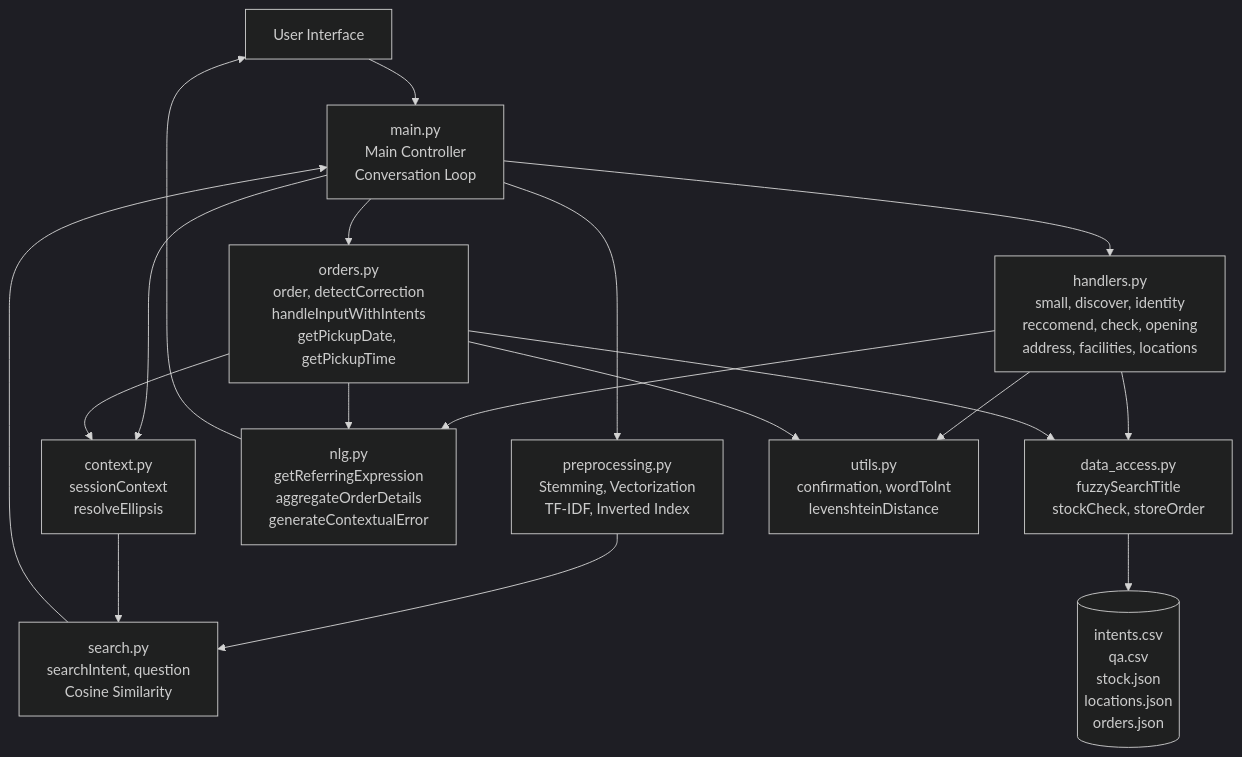
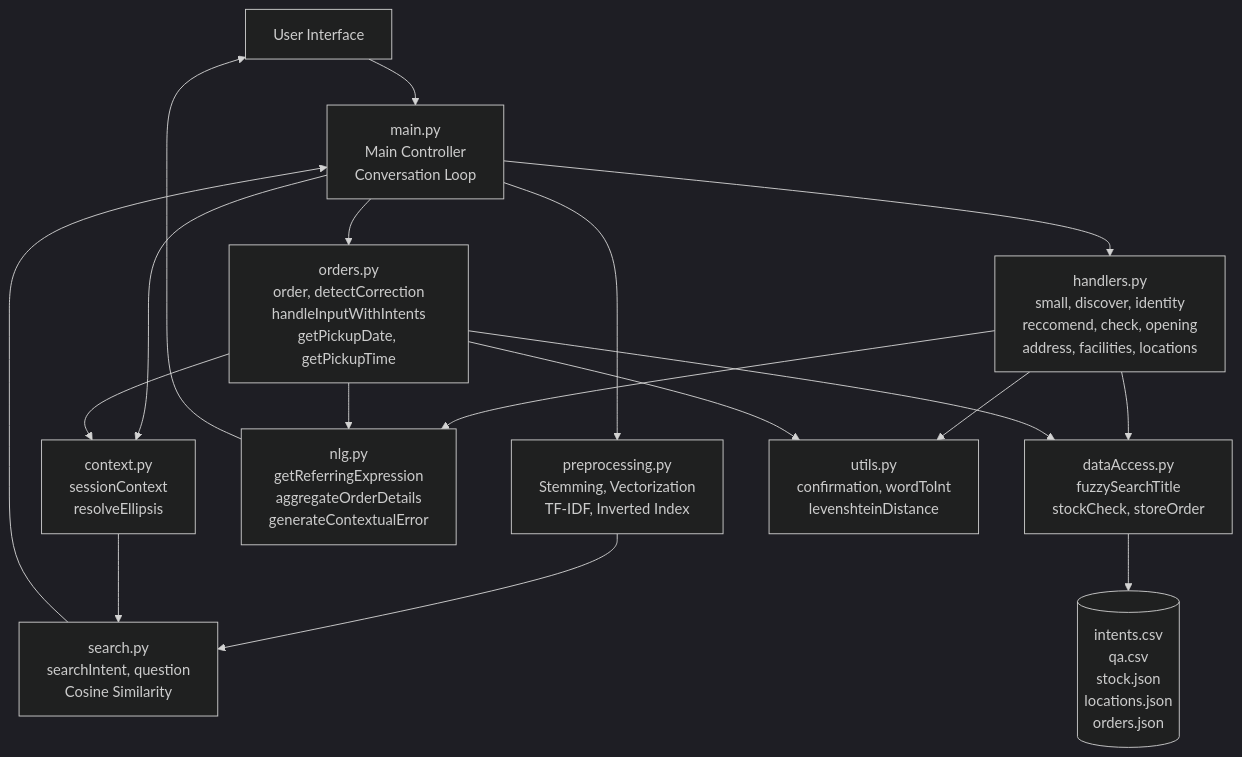
One commit to jamesdeal89/HAICW changed the first of 10 diagrams in diagrams.md. Above: the diagram before and after it, drawn with Mermaid (dark theme). The commit also changed other lines of this file and 21 other files, not shown here.

````diff
--- a/diagrams.md
+++ b/diagrams.md
@@ -5,34 +5,34 @@
 ```mermaid
 flowchart TD
     UI[User Interface]
-    
+  
     MAIN[main.py<br/>Main Controller<br/>Conversation Loop]
-    
+  
     PREPROC[preprocessing.py<br/>Stemming, Vectorization<br/>TF-IDF, Inverted Index]
-    
+  
     SEARCH[search.py<br/>searchIntent, question<br/>Cosine Similarity]
-    
+  
     CONTEXT[context.py<br/>sessionContext<br/>resolveEllipsis]
-    
+  
     HANDLERS[handlers.py<br/>small, discover, identity<br/>reccomend, check, opening<br/>address, facilities, locations]
-    
+  
     ORDERS[orders.py<br/>order, detectCorrection<br/>handleInputWithIntents<br/>getPickupDate, getPickupTime]
-    
+  
     NLG[nlg.py<br/>getReferringExpression<br/>aggregateOrderDetails<br/>generateContextualError]
-    
-    DATA[data_access.py<br/>fuzzySearchTitle<br/>stockCheck, storeOrder]
-    
+  
+    DATA[dataAccess.py<br/>fuzzySearchTitle<br/>stockCheck, storeOrder]
+  
     UTILS[utils.py<br/>confirmation, wordToInt<br/>levenshteinDistance]
-    
+  
     DATASETS[(intents.csv<br/>qa.csv<br/>stock.json<br/>locations.json<br/>orders.json)]
-    
+  
     UI --> MAIN
     MAIN --> PREPROC & CONTEXT
     PREPROC & CONTEXT --> SEARCH
     SEARCH --> MAIN
     MAIN --> HANDLERS & ORDERS
     HANDLERS & ORDERS --> NLG & DATA & UTILS
     ORDERS --> CONTEXT
     DATA --> DATASETS
     NLG --> UI
 ```
````
